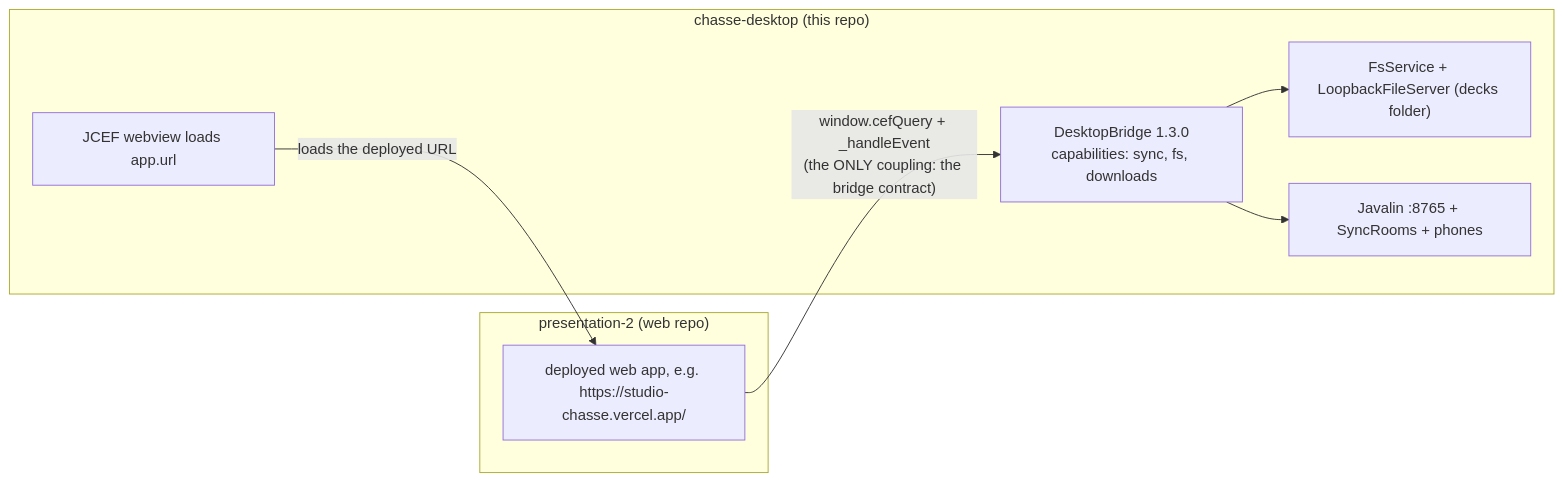
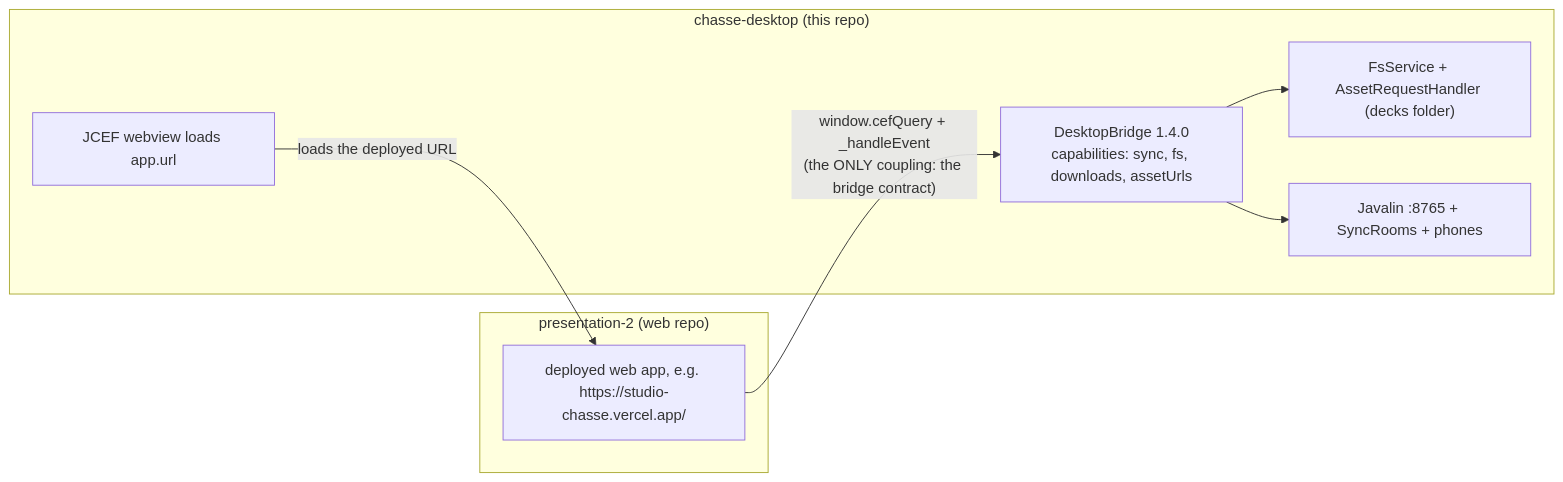
One commit to dev-sandakelum/chasse-desktop changed the third of 3 diagrams in about/architecture.md. Above: the diagram before and after it, drawn with Mermaid. The commit also changed other lines of this file and 8 other files, not shown here.

````diff
--- a/about/architecture.md
+++ b/about/architecture.md
@@ -289,16 +270,16 @@
 ```mermaid
 flowchart LR
     subgraph WEB["presentation-2 (web repo)"]
         WA["deployed web app, e.g. https://studio-chasse.vercel.app/"]
     end
     subgraph DESKTOP["chasse-desktop (this repo)"]
         JCEF["JCEF webview loads app.url"]
-        BR["DesktopBridge 1.3.0<br/>capabilities: sync, fs, downloads"]
-        FS["FsService + LoopbackFileServer (decks folder)"]
+        BR["DesktopBridge 1.4.0<br/>capabilities: sync, fs, downloads, assetUrls"]
+        FS["FsService + AssetRequestHandler (decks folder)"]
         SYNC["Javalin :8765 + SyncRooms + phones"]
     end
     JCEF -- "loads the deployed URL" --> WA
     WA -- "window.cefQuery + _handleEvent<br/>(the ONLY coupling: the bridge contract)" --> BR
     BR --> FS
     BR --> SYNC
 ```
````
